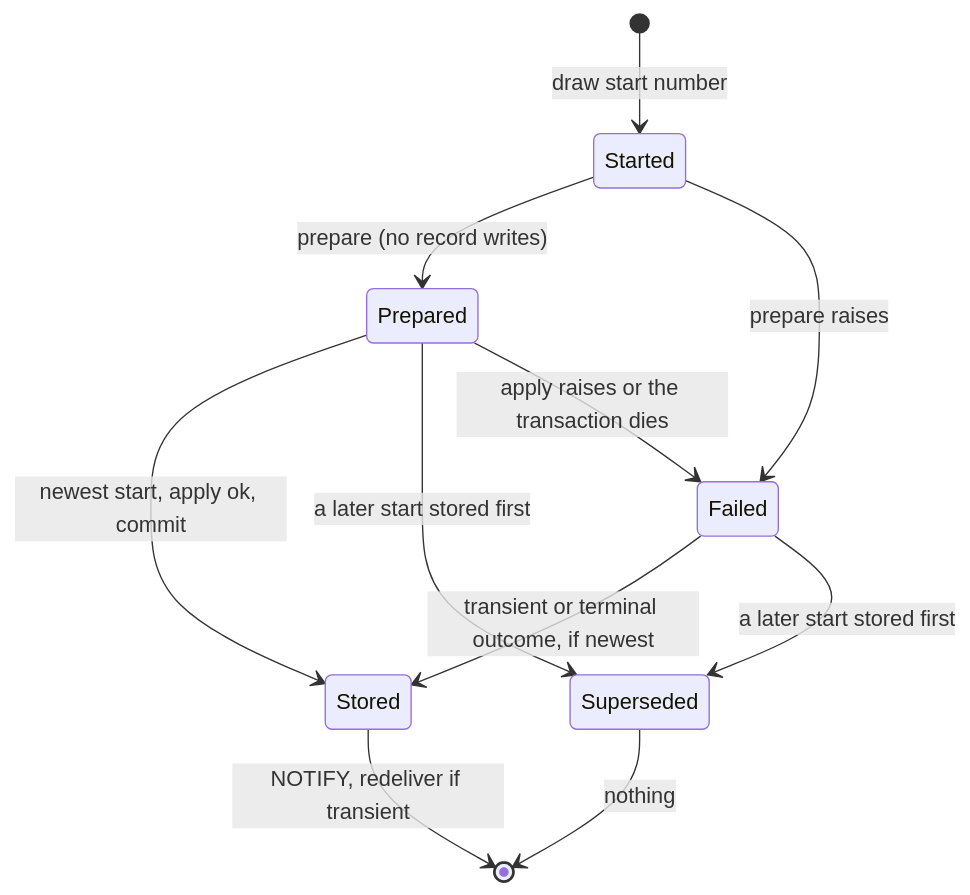
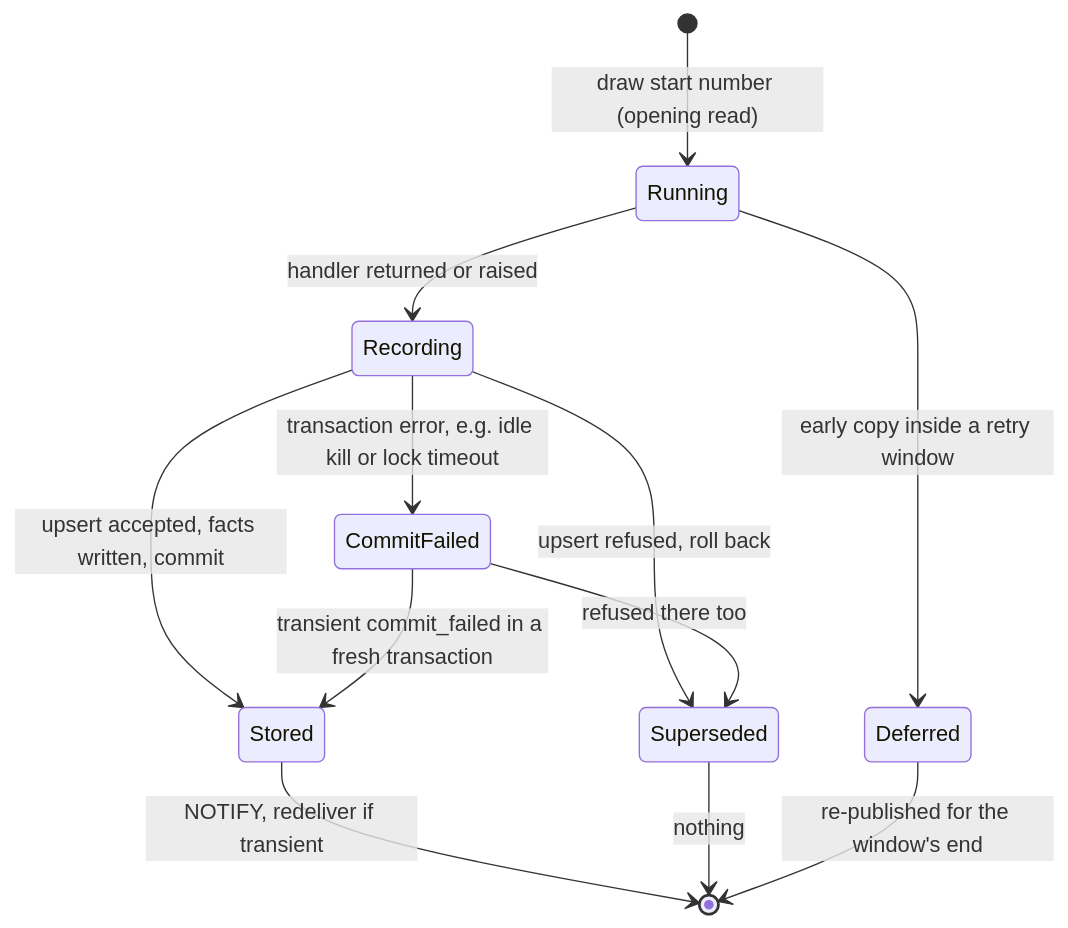
One commit to mcurcio/photo-wall changed the third of 4 diagrams in docs/central-idempotent-jobs.md. Above: the diagram before and after it, drawn with Mermaid. The commit also changed other lines of this file and 5 other files, not shown here.

````diff
--- a/docs/central-idempotent-jobs.md
+++ b/docs/central-idempotent-jobs.md
@@ -176,13 +108,14 @@
 ```mermaid
 stateDiagram-v2
-  [*] --> Started: draw start number
-  Started --> Prepared: prepare (no record writes)
-  Started --> Failed: prepare raises
-  Prepared --> Stored: newest start, apply ok, commit
-  Prepared --> Superseded: a later start stored first
-  Prepared --> Failed: apply raises or the transaction dies
-  Failed --> Stored: transient or terminal outcome, if newest
-  Failed --> Superseded: a later start stored first
+  [*] --> Running: draw start number (opening read)
+  Running --> Deferred: early copy inside a retry window
+  Running --> Recording: handler returned or raised
+  Recording --> Stored: upsert accepted, facts written, commit
+  Recording --> Superseded: upsert refused, roll back
+  Recording --> CommitFailed: transaction error, e.g. idle kill or lock timeout
+  CommitFailed --> Stored: transient commit_failed in a fresh transaction
+  CommitFailed --> Superseded: refused there too
   Stored --> [*]: NOTIFY, redeliver if transient
   Superseded --> [*]: nothing
+  Deferred --> [*]: re-published for the window's end
 ```
````
